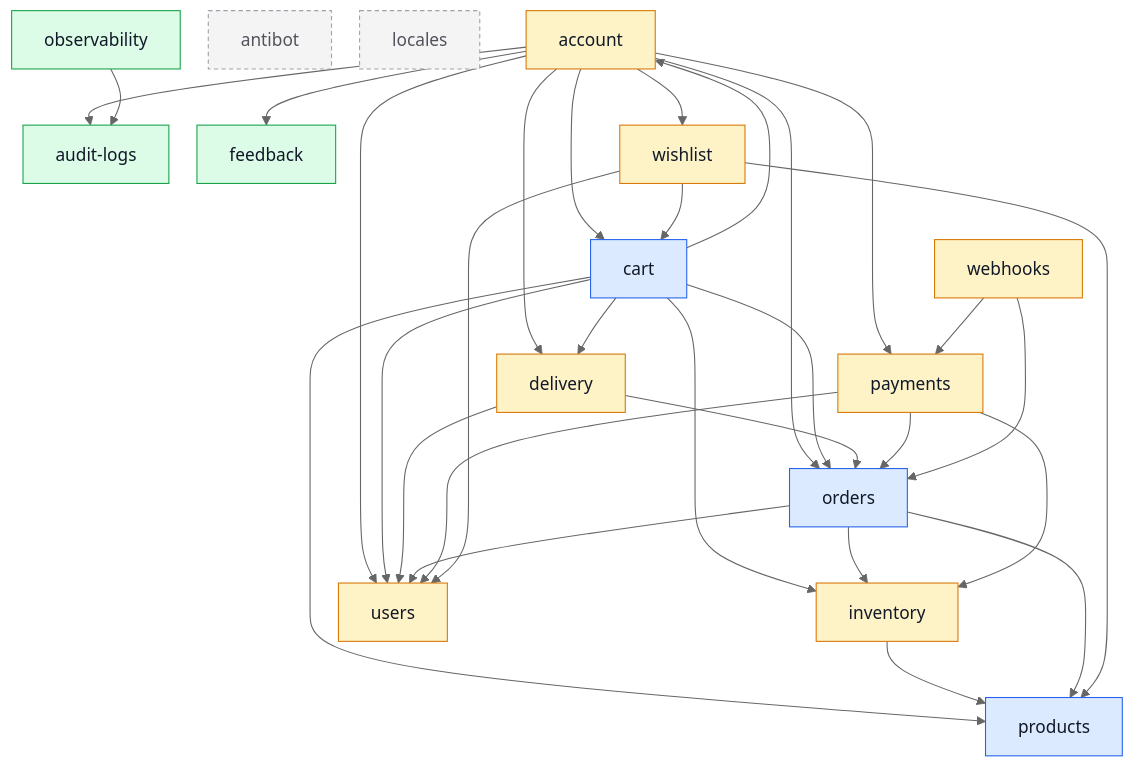
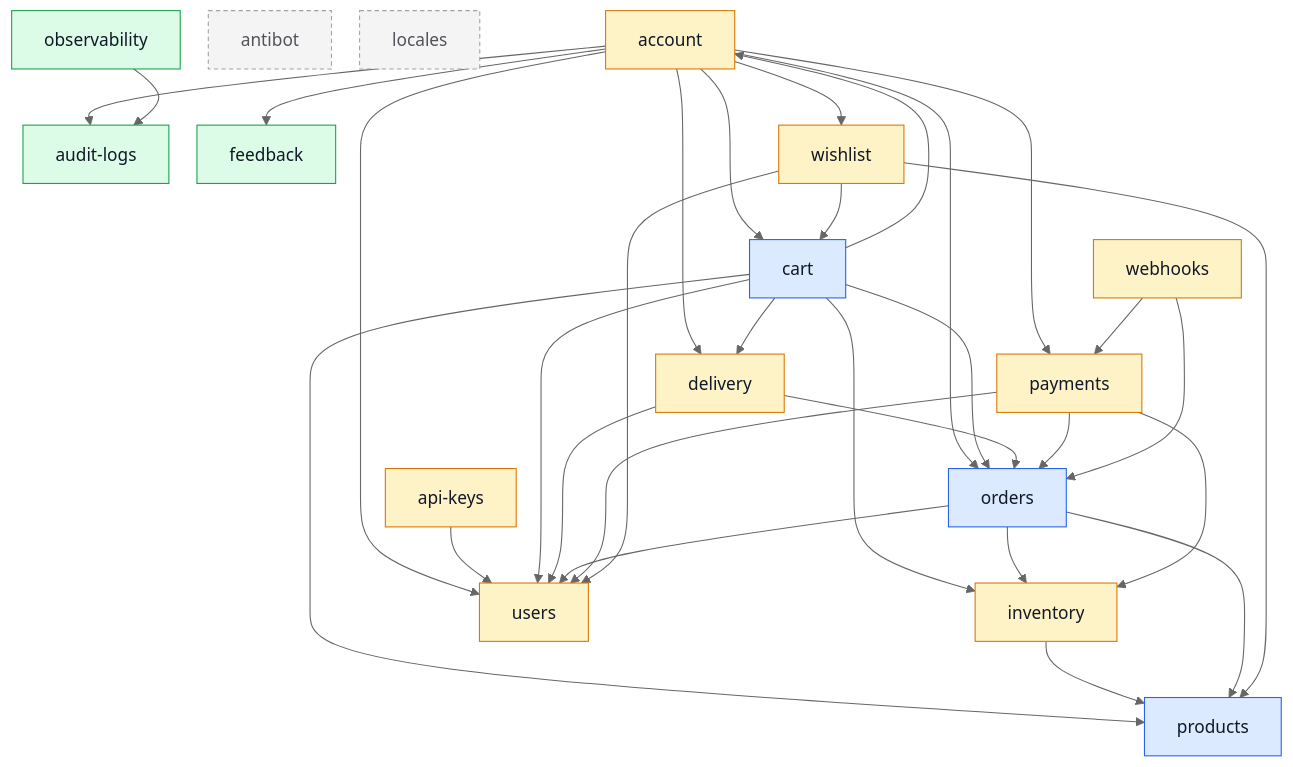
Before and after one commit to Guebbit/boilerplate-node-backend: the diagram in docs/modules/index.md, drawn with Mermaid (neutral theme). The commit also changed other lines of this file and 38 other files, not shown here.

````diff
--- a/docs/modules/index.md
+++ b/docs/modules/index.md
@@ -40,58 +40,60 @@
 ```mermaid
 %%{init: {'flowchart': {'nodeSpacing': 26, 'rankSpacing': 52}}}%%
 flowchart TD
     account
     antibot
+    api_keys["api-keys"]
     audit_logs["audit-logs"]
     cart
     delivery
     feedback
     inventory
     locales
     observability
     orders
     payments
     products
     users
     webhooks
     wishlist
 
     account --> audit_logs
     account --> cart
     account --> delivery
     account --> feedback
     account --> orders
     account --> payments
     account --> users
     account --> wishlist
+    api_keys --> users
     cart --> account
     cart --> delivery
     cart --> inventory
     cart --> orders
     cart --> products
     cart --> users
     delivery --> orders
     delivery --> users
     inventory --> products
     observability --> audit_logs
     orders --> inventory
     orders --> products
     orders --> users
     payments --> inventory
     payments --> orders
     payments --> users
     webhooks --> orders
     webhooks --> payments
     wishlist --> cart
     wishlist --> products
     wishlist --> users
 
     classDef core fill:#dbeafe,stroke:#2563eb,color:#111827;
     classDef supporting fill:#fef3c7,stroke:#d97706,color:#111827;
     classDef generic fill:#dcfce7,stroke:#16a34a,color:#111827;
     classDef isolated fill:#f4f4f5,stroke:#a1a1aa,color:#52525b,stroke-dasharray:4 3;
     class cart,orders,products core;
-    class account,delivery,inventory,payments,users,webhooks,wishlist supporting;
+    class account,api_keys,delivery,inventory,payments,users,webhooks,wishlist supporting;
     class audit_logs,feedback,observability generic;
     class antibot,locales isolated;
 ```
````
